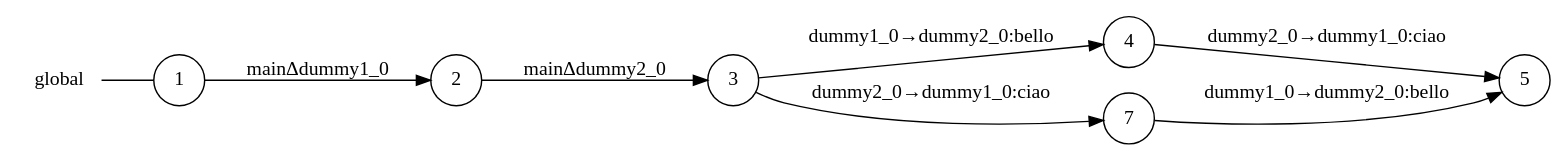
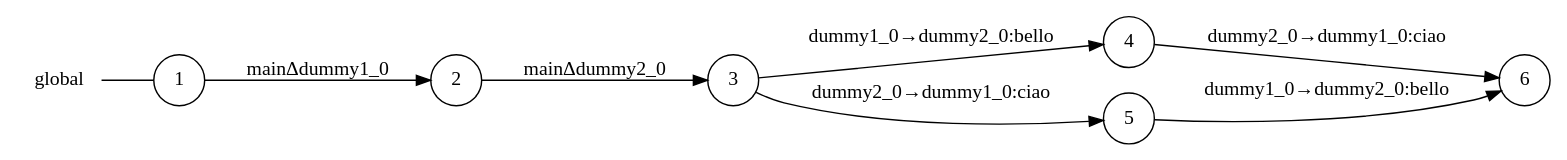
The diagram in examples/async/main_global_view.dot (gabrielegenovese/chorer), drawn with Graphviz before and after one commit. The commit also changed 33 other files, not shown here.

```diff
--- a/examples/async/main_global_view.dot
+++ b/examples/async/main_global_view.dot
@@ -1,18 +1,18 @@
 digraph global {
 	rankdir="LR";
 	n_0 [label="global", shape="plaintext"];
-	n_1 [id="5", shape=circle, label="5"];
+	n_1 [id="5", shape=circle, label="6"];
 	n_2 [id="1", shape=circle, label="1"];
 	n_0 -> n_2 [arrowhead=none];
 	n_3 [id="2", shape=circle, label="2"];
 	n_4 [id="4", shape=circle, label="4"];
-	n_5 [id="7", shape=circle, label="7"];
+	n_5 [id="7", shape=circle, label="5"];
 	n_6 [id="3", shape=circle, label="3"];
 
+	n_6 -> n_4 [id="[$e|3]", label="dummy1_0→dummy2_0:bello"];
+	n_5 -> n_1 [id="[$e|6]", label="dummy1_0→dummy2_0:bello"];
+	n_2 -> n_3 [id="[$e|1]", label="mainΔdummy1_0"];
+	n_4 -> n_1 [id="[$e|0]", label="dummy2_0→dummy1_0:ciao"];
 	n_3 -> n_6 [id="[$e|2]", label="mainΔdummy2_0"];
-	n_4 -> n_1 [id="[$e|0]", label="dummy2_0→dummy1_0:ciao"];
-	n_2 -> n_3 [id="[$e|1]", label="mainΔdummy1_0"];
-	n_5 -> n_1 [id="[$e|6]", label="dummy1_0→dummy2_0:bello"];
-	n_6 -> n_4 [id="[$e|3]", label="dummy1_0→dummy2_0:bello"];
 	n_6 -> n_5 [id="[$e|4]", label="dummy2_0→dummy1_0:ciao"];
 }
```
